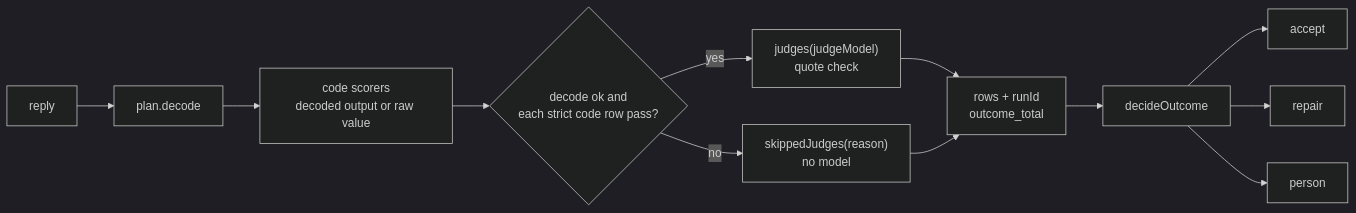
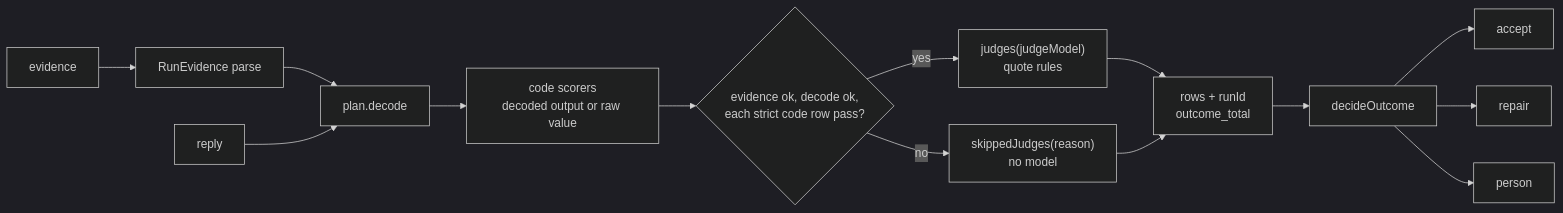
The diagram in docs/design/judge-step.md (Ronitron007/product-eval-harness), drawn with Mermaid (dark theme) before and after one commit. The commit also changed other lines of this file and 22 other files, not shown here.

````diff
--- a/docs/design/judge-step.md
+++ b/docs/design/judge-step.md
@@ -145,14 +152,16 @@
 ```mermaid
 flowchart LR
+  E["evidence"] --> V["RunEvidence parse"]
+  V --> D
   R["reply"] --> D["plan.decode"]
   D --> C["code scorers<br/>decoded output or raw value"]
-  C --> G{"decode ok and<br/>each strict code row pass?"}
-  G -- yes --> J["judges(judgeModel)<br/>quote check"]
+  C --> G{"evidence ok, decode ok,<br/>each strict code row pass?"}
+  G -- yes --> J["judges(judgeModel)<br/>quote rules"]
   G -- no --> S["skippedJudges(reason)<br/>no model"]
   J --> T["rows + runId<br/>outcome_total"]
   S --> T
   T --> O["decideOutcome"]
   O --> A["accept"]
   O --> P["repair"]
   O --> Q["person"]
 ```
````
